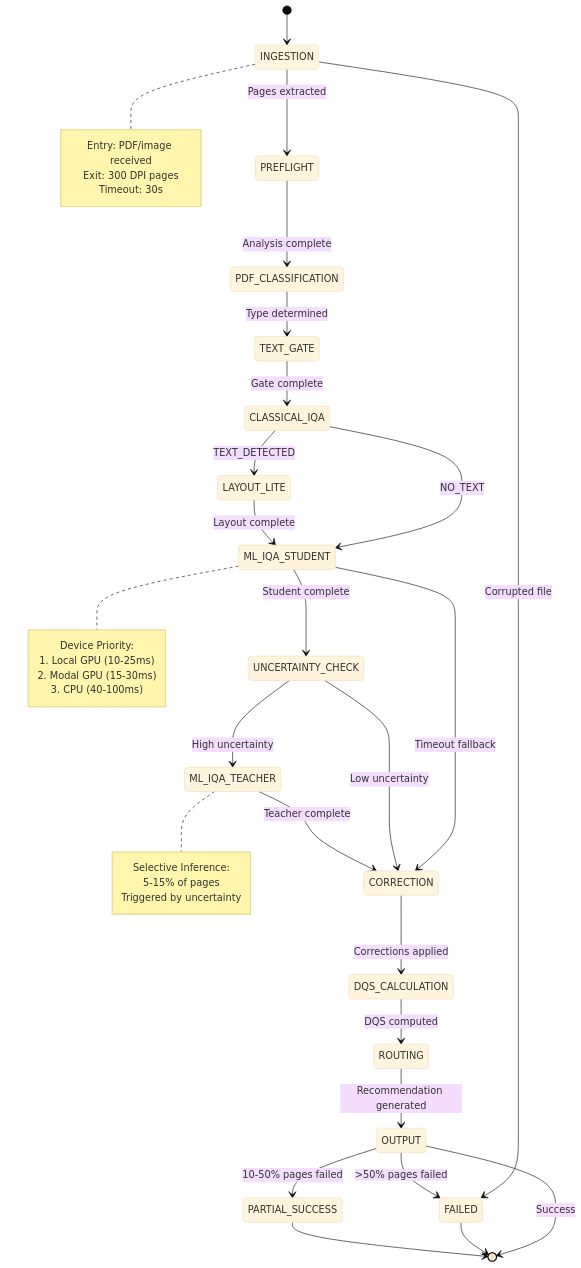
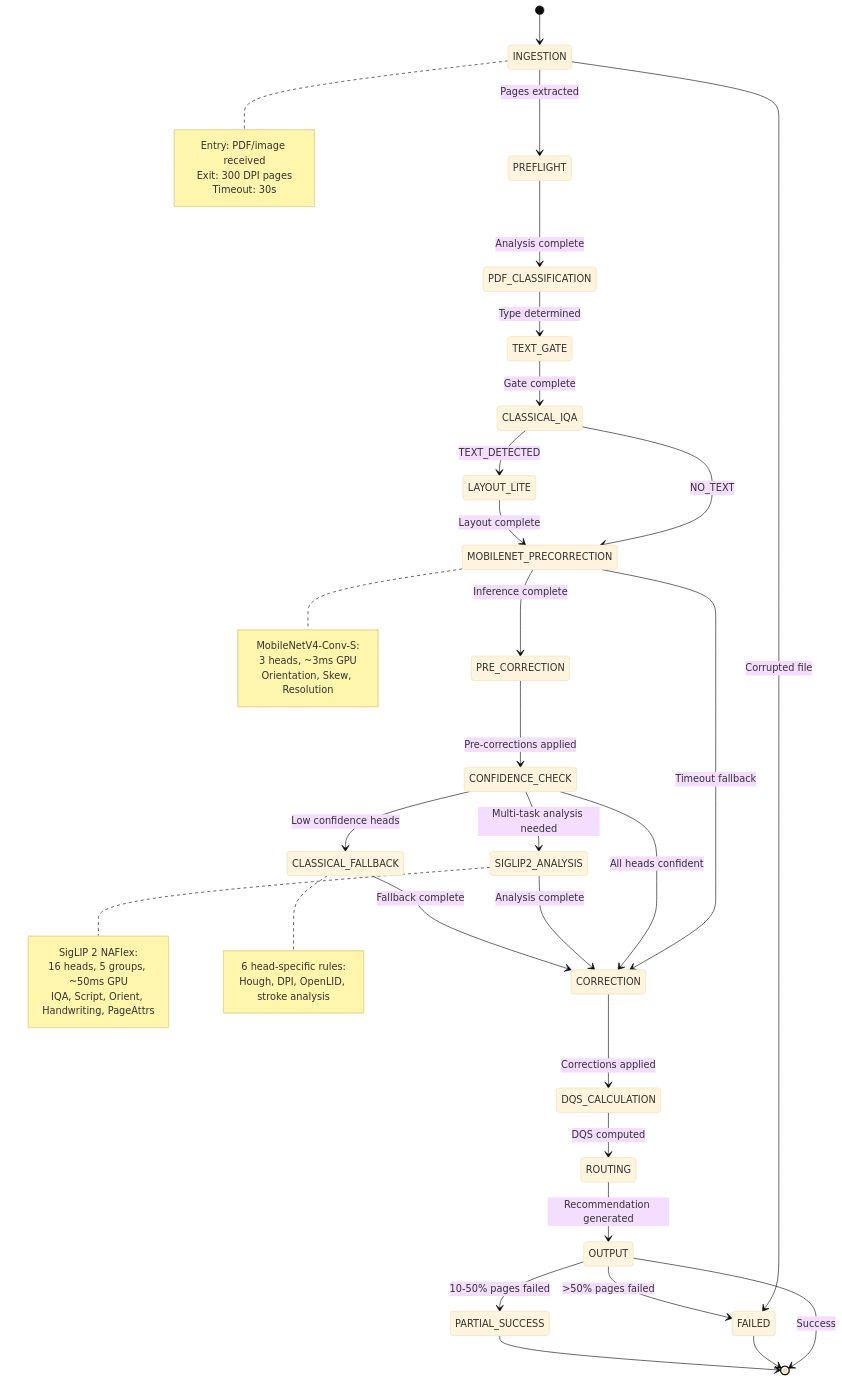
The second of 2 diagrams in docs/architecture/diagrams/level-3/production-runtime/pipeline-state-machine.md (williaby/image-preprocessing-detector), drawn with Mermaid (base theme) before and after one commit. The commit also changed other lines of this file and 99 other files, not shown here.

First line of the commit message:
refactor(docs): reorganize architecture diagrams and add Level 3 docs

````diff
--- a/docs/architecture/diagrams/level-3/production-runtime/pipeline-state-machine.md
+++ b/docs/architecture/diagrams/level-3/production-runtime/pipeline-state-machine.md
@@ -336,58 +389,67 @@
 ```mermaid
 stateDiagram-v2
     [*] --> INGESTION
 
     INGESTION --> PREFLIGHT : Pages extracted
     INGESTION --> FAILED : Corrupted file
 
     PREFLIGHT --> PDF_CLASSIFICATION : Analysis complete
 
     PDF_CLASSIFICATION --> TEXT_GATE : Type determined
 
     TEXT_GATE --> CLASSICAL_IQA : Gate complete
 
     CLASSICAL_IQA --> LAYOUT_LITE : TEXT_DETECTED
-    CLASSICAL_IQA --> ML_IQA_STUDENT : NO_TEXT
+    CLASSICAL_IQA --> MOBILENET_PRECORRECTION : NO_TEXT
 
-    LAYOUT_LITE --> ML_IQA_STUDENT : Layout complete
+    LAYOUT_LITE --> MOBILENET_PRECORRECTION : Layout complete
 
-    ML_IQA_STUDENT --> UNCERTAINTY_CHECK : Student complete
-    ML_IQA_STUDENT --> CORRECTION : Timeout fallback
+    MOBILENET_PRECORRECTION --> PRE_CORRECTION : Inference complete
+    MOBILENET_PRECORRECTION --> CORRECTION : Timeout fallback
 
-    UNCERTAINTY_CHECK --> ML_IQA_TEACHER : High uncertainty
-    UNCERTAINTY_CHECK --> CORRECTION : Low uncertainty
+    PRE_CORRECTION --> CONFIDENCE_CHECK : Pre-corrections applied
 
-    ML_IQA_TEACHER --> CORRECTION : Teacher complete
+    CONFIDENCE_CHECK --> SIGLIP2_ANALYSIS : Multi-task analysis needed
+    CONFIDENCE_CHECK --> CLASSICAL_FALLBACK : Low confidence heads
+    CONFIDENCE_CHECK --> CORRECTION : All heads confident
+
+    SIGLIP2_ANALYSIS --> CORRECTION : Analysis complete
+
+    CLASSICAL_FALLBACK --> CORRECTION : Fallback complete
 
     CORRECTION --> DQS_CALCULATION : Corrections applied
 
     DQS_CALCULATION --> ROUTING : DQS computed
 
     ROUTING --> OUTPUT : Recommendation generated
 
     OUTPUT --> [*] : Success
     OUTPUT --> PARTIAL_SUCCESS : 10-50% pages failed
     OUTPUT --> FAILED : >50% pages failed
 
     FAILED --> [*]
     PARTIAL_SUCCESS --> [*]
 
     note right of INGESTION
         Entry: PDF/image received
         Exit: 300 DPI pages
         Timeout: 30s
     end note
 
-    note right of ML_IQA_STUDENT
-        Device Priority:
-        1. Local GPU (10-25ms)
-        2. Modal GPU (15-30ms)
-        3. CPU (40-100ms)
+    note right of MOBILENET_PRECORRECTION
+        MobileNetV4-Conv-S:
+        3 heads, ~3ms GPU
+        Orientation, Skew, Resolution
     end note
 
-    note right of ML_IQA_TEACHER
-        Selective Inference:
-        5-15% of pages
-        Triggered by uncertainty
+    note right of SIGLIP2_ANALYSIS
+        SigLIP 2 NAFlex:
+        16 heads, 5 groups, ~50ms GPU
+        IQA, Script, Orient, Handwriting, PageAttrs
+    end note
+
+    note right of CLASSICAL_FALLBACK
+        6 head-specific rules:
+        Hough, DPI, OpenLID, stroke analysis
     end note
 ```
````
